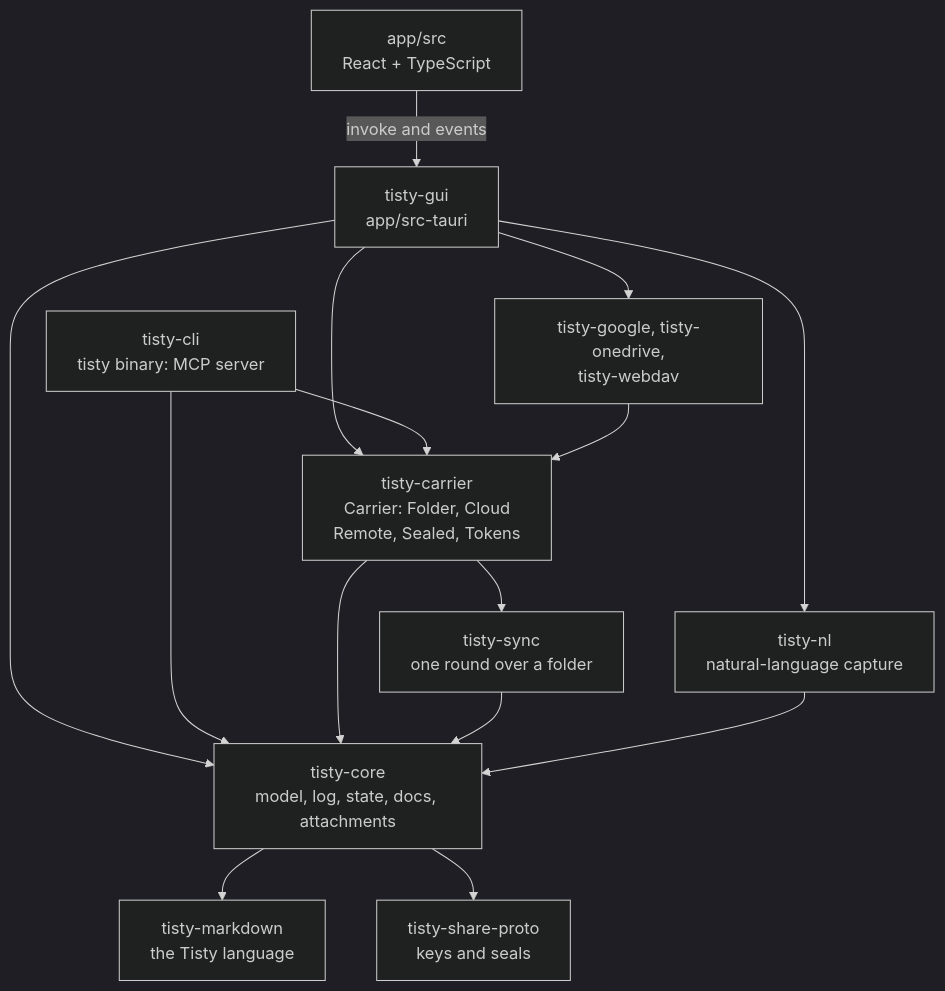
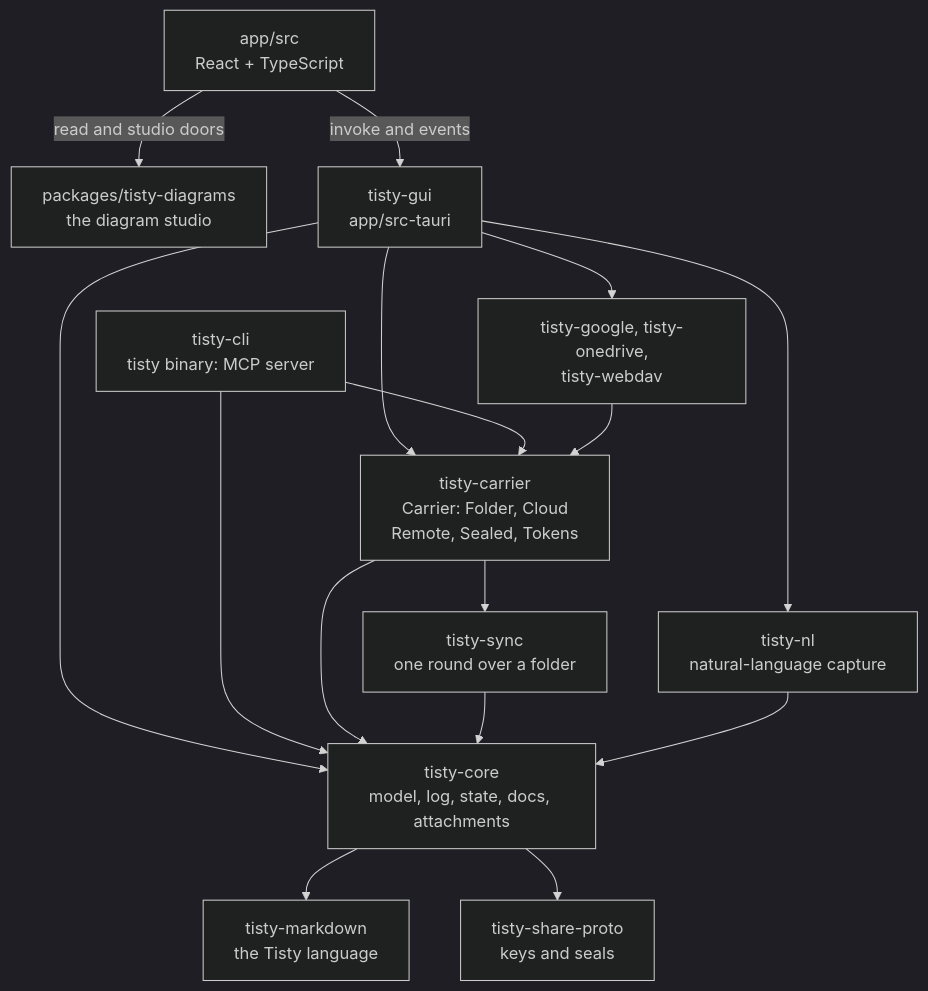
One commit to rgdevment/Tisty changed the first of 5 diagrams in docs/ARCHITECTURE.md. Above: the diagram before and after it, drawn with Mermaid (dark theme). The commit also changed other lines of this file and 87 other files, not shown here.

First line of the commit message:
refactor(diagrams): the diagram studio moves to packages/tisty-diagrams (#476)

````diff
--- a/docs/ARCHITECTURE.md
+++ b/docs/ARCHITECTURE.md
@@ -49,27 +49,29 @@
 ```mermaid
 flowchart TB
   react["app/src<br/>React + TypeScript"]
+  studio["packages/tisty-diagrams<br/>the diagram studio"]
   gui["tisty-gui<br/>app/src-tauri"]
   cli["tisty-cli<br/>tisty binary: MCP server"]
   providers["tisty-google, tisty-onedrive,<br/>tisty-webdav"]
   carrier["tisty-carrier<br/>Carrier: Folder, Cloud<br/>Remote, Sealed, Tokens"]
   sync["tisty-sync<br/>one round over a folder"]
   nl["tisty-nl<br/>natural-language capture"]
   core["tisty-core<br/>model, log, state, docs, attachments"]
   md["tisty-markdown<br/>the Tisty language"]
   proto["tisty-share-proto<br/>keys and seals"]
   react -- "invoke and events" --> gui
+  react -- "read and studio doors" --> studio
   gui --> carrier
   gui --> providers
   gui --> nl
   gui --> core
   cli --> carrier
   cli --> core
   providers --> carrier
   carrier --> sync
   carrier --> core
   sync --> core
   nl --> core
   core --> md
   core --> proto
 ```
````
